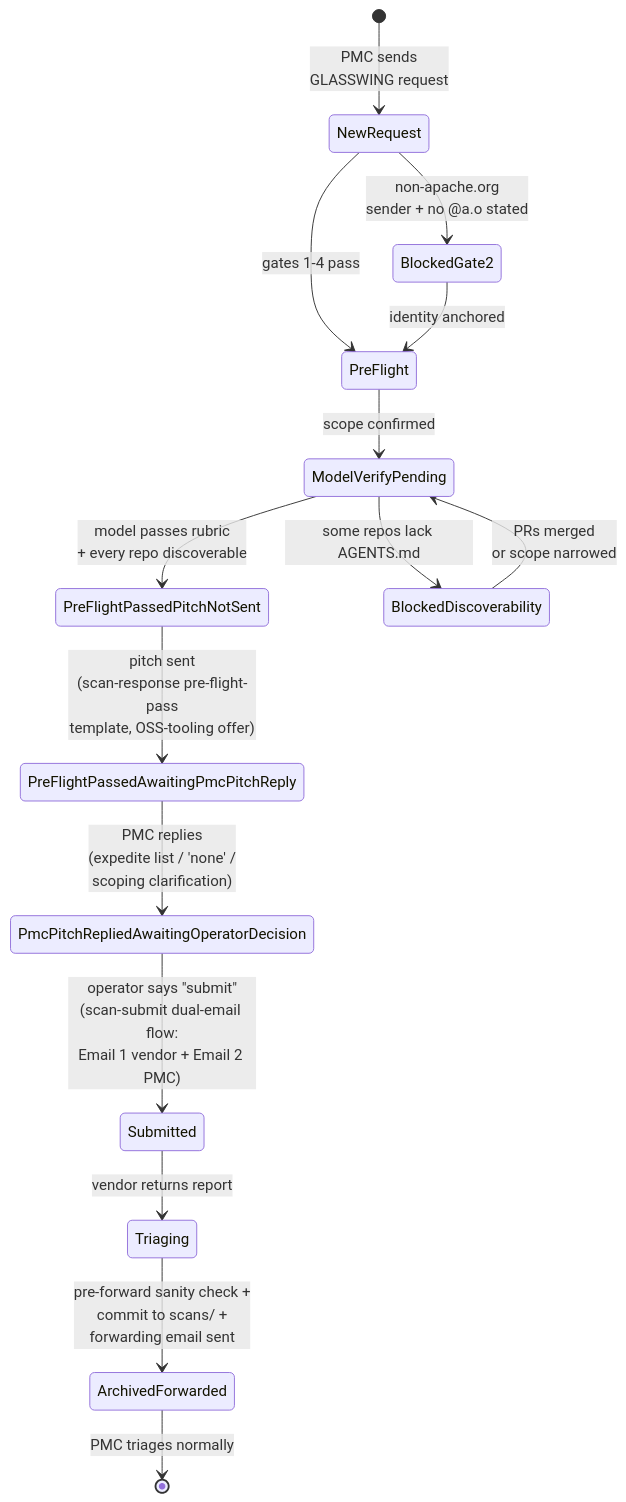
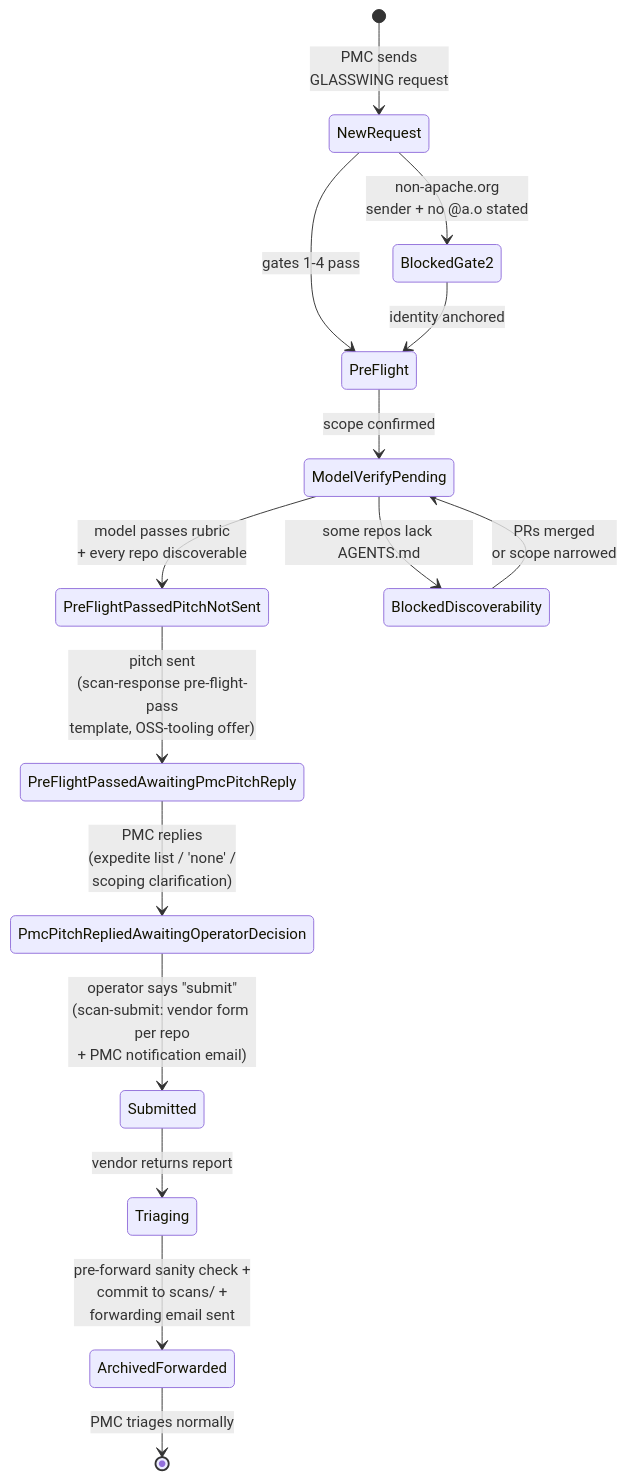
The third of 4 diagrams in README.md (raboof/apache-security-dash), drawn with Mermaid before and after one commit. The commit also changed other lines of this file and 1 other file, not shown here.

First line of the commit message:
docs: refresh repo inventory + current scan-submit flow

````diff
--- a/README.md
+++ b/README.md
@@ -173,17 +186,17 @@
 ```mermaid
 stateDiagram-v2
     [*] --> NewRequest: PMC sends<br/>GLASSWING request
     NewRequest --> PreFlight: gates 1-4 pass
     NewRequest --> BlockedGate2: non-apache.org<br/>sender + no @a.o stated
     BlockedGate2 --> PreFlight: identity anchored
     PreFlight --> ModelVerifyPending: scope confirmed
     ModelVerifyPending --> PreFlightPassedPitchNotSent: model passes rubric<br/>+ every repo discoverable
     ModelVerifyPending --> BlockedDiscoverability: some repos lack AGENTS.md
     BlockedDiscoverability --> ModelVerifyPending: PRs merged<br/>or scope narrowed
     PreFlightPassedPitchNotSent --> PreFlightPassedAwaitingPmcPitchReply: pitch sent<br/>(scan-response pre-flight-pass<br/>template, OSS-tooling offer)
     PreFlightPassedAwaitingPmcPitchReply --> PmcPitchRepliedAwaitingOperatorDecision: PMC replies<br/>(expedite list / 'none' /<br/>scoping clarification)
-    PmcPitchRepliedAwaitingOperatorDecision --> Submitted: operator says "submit"<br/>(scan-submit dual-email flow:<br/>Email 1 vendor + Email 2 PMC)
+    PmcPitchRepliedAwaitingOperatorDecision --> Submitted: operator says "submit"<br/>(scan-submit: vendor form per repo<br/>+ PMC notification email)
     Submitted --> Triaging: vendor returns report
     Triaging --> ArchivedForwarded: pre-forward sanity check +<br/>commit to scans/ +<br/>forwarding email sent
     ArchivedForwarded --> [*]: PMC triages normally
 ```
````
